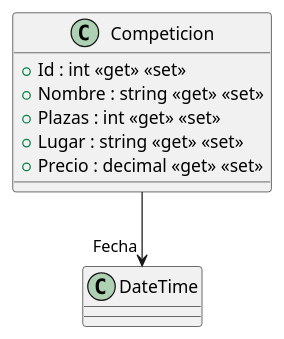
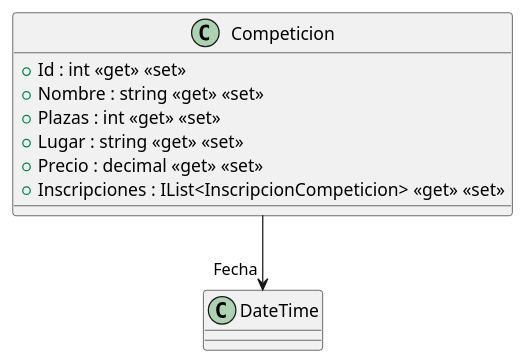
One commit to 2026-27AstonMartin/ISII2627AstonMartin changed the diagram in src/AppForSEII.API/ClassDiagram/Competicion.puml. Above: the diagram before and after it, drawn with PlantUML. The commit also changed 13 other files, not shown here.

First line of the commit message:
Crear migración CreateIdentitySchema y sembrar datos iniciales

```diff
--- a/src/AppForSEII.API/ClassDiagram/Competicion.puml
+++ b/src/AppForSEII.API/ClassDiagram/Competicion.puml
@@ -1,10 +1,11 @@
 @startuml
 class Competicion {
     + Id : int <<get>> <<set>>
     + Nombre : string <<get>> <<set>>
     + Plazas : int <<get>> <<set>>
     + Lugar : string <<get>> <<set>>
     + Precio : decimal <<get>> <<set>>
+    + Inscripciones : IList<InscripcionCompeticion> <<get>> <<set>>
 }
 Competicion --> "Fecha" DateTime
 @enduml
```
